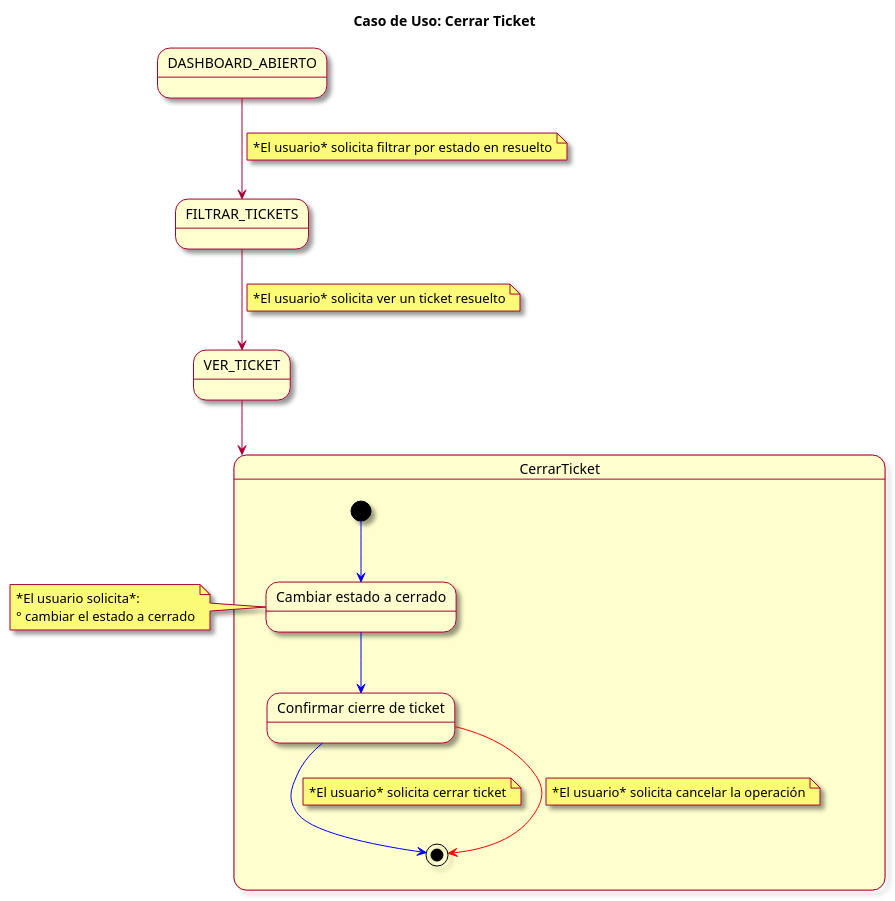
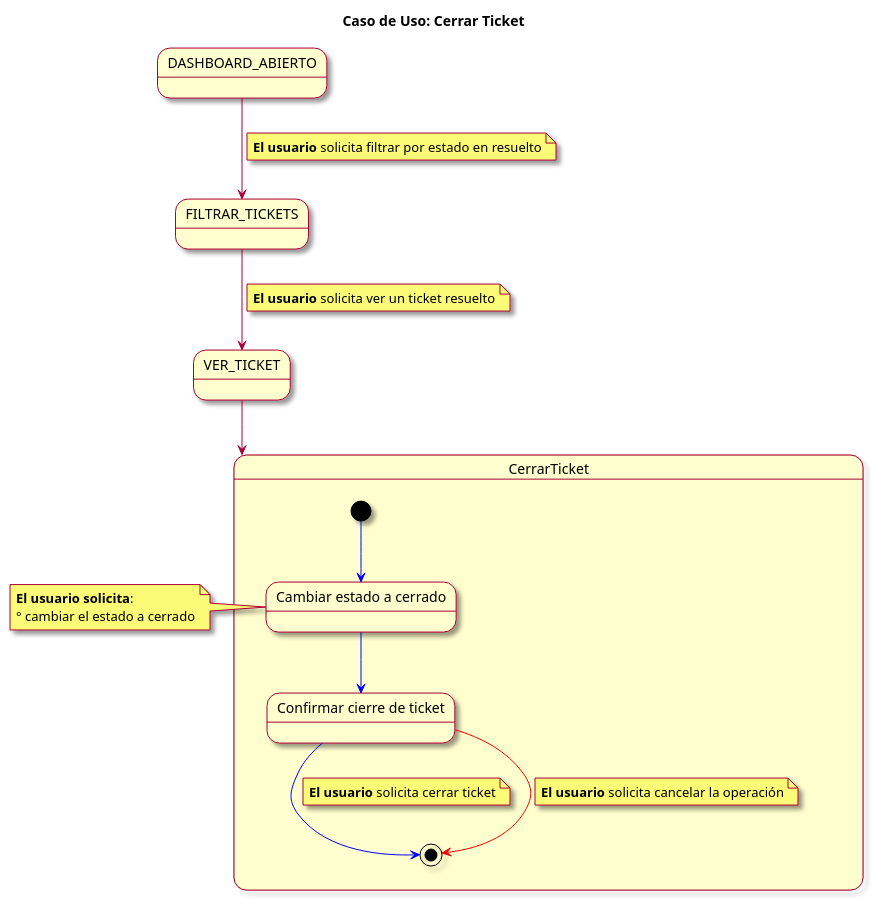
One commit to mmasias/23-24-IdSw1-SDR changed the diagram in modelosUML/CasosDeUsos/CasosDetallados/CerrarTicket.puml. Above: the diagram before and after it, drawn with PlantUML. The commit also changed 7 other files, not shown here.

```diff
--- a/modelosUML/CasosDeUsos/CasosDetallados/CerrarTicket.puml
+++ b/modelosUML/CasosDeUsos/CasosDetallados/CerrarTicket.puml
@@ -1,35 +1,35 @@
 @startuml
 skin rose
 title Caso de Uso: Cerrar Ticket
 
 state DASHBOARD_ABIERTO
 state VER_TICKET
 state FILTRAR_TICKETS
 
 DASHBOARD_ABIERTO --> FILTRAR_TICKETS
-note on link: *El usuario* solicita filtrar por estado en resuelto
+note on link: **El usuario** solicita filtrar por estado en resuelto
 FILTRAR_TICKETS --> VER_TICKET
-note on link: *El usuario* solicita ver un ticket resuelto
+note on link: **El usuario** solicita ver un ticket resuelto
 VER_TICKET --> CerrarTicket
 
 state CerrarTicket {
 
   [*] -[#blue]-> ingresarVerTicket
   state "Cambiar estado a cerrado" as ingresarVerTicket
   ingresarVerTicket -[#blue]-> confirmarCierre
   state "Confirmar cierre de ticket" as confirmarCierre
   confirmarCierre -[#blue]-> [*]
-  note on link: *El usuario* solicita cerrar ticket
+  note on link: **El usuario** solicita cerrar ticket
     
   confirmarCierre -[#red]-> [*]
-  note on link: *El usuario* solicita cancelar la operación
+  note on link: **El usuario** solicita cancelar la operación
     
 }
 
 
 note left of ingresarVerTicket
-  *El usuario solicita*: 
+  **El usuario solicita**: 
   ° cambiar el estado a cerrado
 end note
 
 @enduml
```
